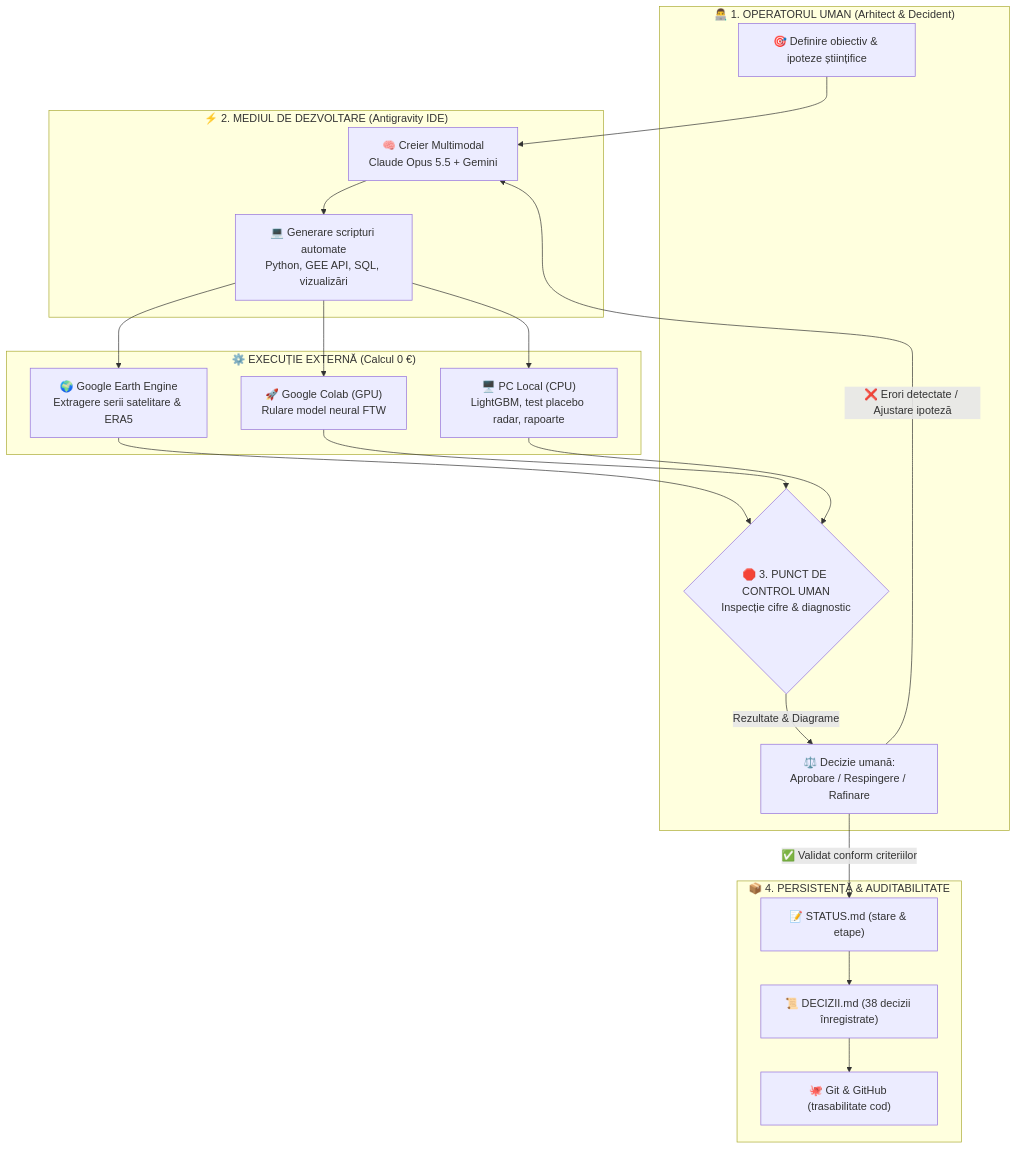
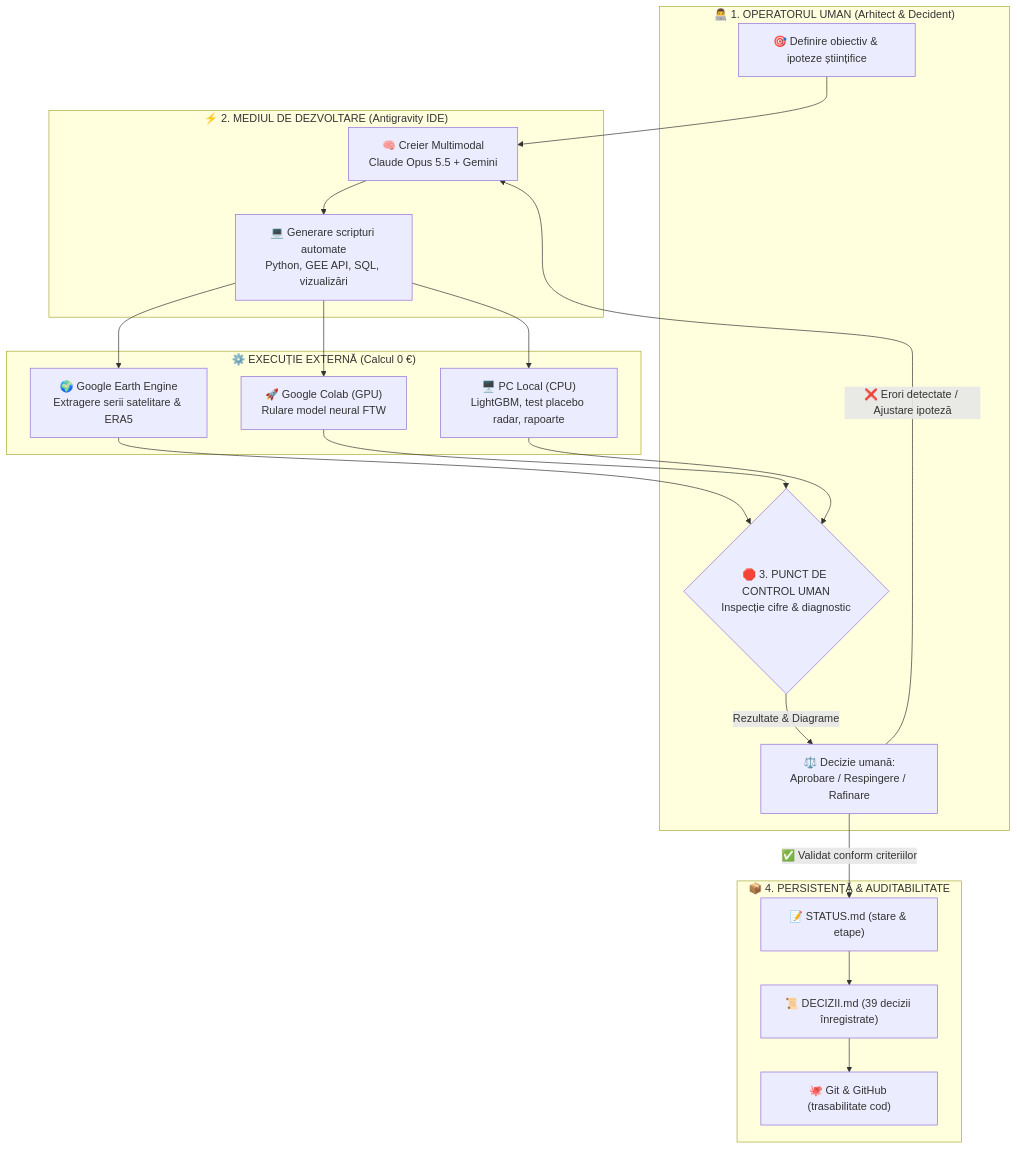
Before and after one commit to lefterpatrickandrei-sketch/atlas-seceta-2024: the second of 2 diagrams in README.md, drawn with Mermaid. The commit also changed other lines of this file, not shown here.

Commit message:
README: aliniat cu v4 (animatii) — 39 decizii, ordinea planșelor 2–3 și timpii din note

````diff
--- a/README.md
+++ b/README.md
@@ -158,43 +158,43 @@
 ```mermaid
 flowchart TD
     subgraph Operator["👨‍💻 1. OPERATORUL UMAN (Arhitect & Decident)"]
         Goal["🎯 Definire obiectiv & ipoteze științifice"]
         AuditCheckpoint{"🛑 3. PUNCT DE CONTROL UMAN\nInspecție cifre & diagnostic"}
         HumanDecision["⚖️ Decizie umană:\nAprobare / Respingere / Rafinare"]
     end
 
     subgraph EnvIDE["⚡ 2. MEDIUL DE DEZVOLTARE (Antigravity IDE)"]
         Agents["🧠 Creier Multimodal\nClaude Opus 5.5 + Gemini"]
         CodeTool["💻 Generare scripturi automate\nPython, GEE API, SQL, vizualizări"]
     end
 
     subgraph Infrastructure["⚙️ EXECUȚIE EXTERNĂ (Calcul 0 €)"]
         GEE["🌍 Google Earth Engine\nExtragere serii satelitare & ERA5"]
         Colab["🚀 Google Colab (GPU)\nRulare model neural FTW"]
         LocalCPU["🖥️ PC Local (CPU)\nLightGBM, test placebo radar, rapoarte"]
     end
 
     subgraph Storage["📦 4. PERSISTENȚĂ & AUDITABILITATE"]
         StatusMD["📝 STATUS.md (stare & etape)"]
-        DeciziiMD["📜 DECIZII.md (38 decizii înregistrate)"]
+        DeciziiMD["📜 DECIZII.md (39 decizii înregistrate)"]
         GitCommit["🐙 Git & GitHub (trasabilitate cod)"]
     end
 
     %% Conexiuni flux
     Goal --> Agents
     Agents --> CodeTool
     CodeTool --> GEE
     CodeTool --> Colab
     CodeTool --> LocalCPU
 
     GEE --> AuditCheckpoint
     Colab --> AuditCheckpoint
     LocalCPU --> AuditCheckpoint
 
     AuditCheckpoint -->|Rezultate & Diagrame| HumanDecision
 
     HumanDecision -->|❌ Erori detectate / Ajustare ipoteză| Agents
     HumanDecision -->|✅ Validat conform criteriilor| StatusMD
     StatusMD --> DeciziiMD
     DeciziiMD --> GitCommit
 ```
````
